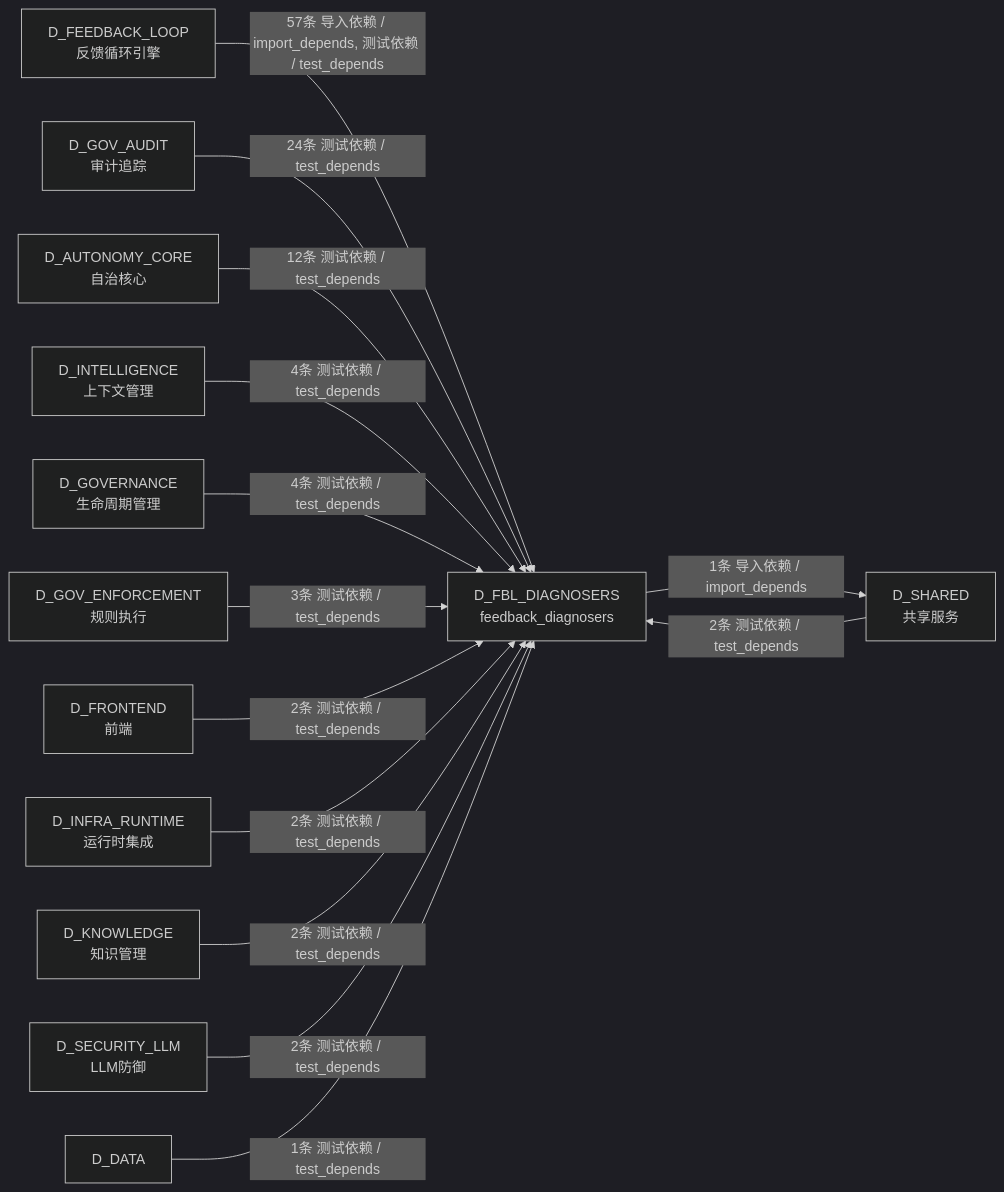
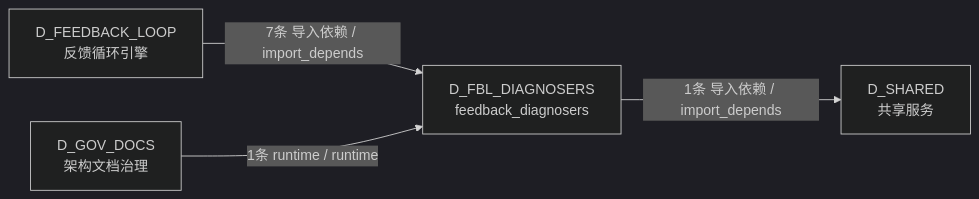
One commit to xuanFelixVan/ZephyrAlpha changed the sixth of 6 diagrams in docs/02_enterprise_architecture/02_domain_architecture_docs/12_d_fbl_diagnosers.md. Above: the diagram before and after it, drawn with Mermaid (dark theme). The commit also changed other lines of this file and 126 other files, not shown here.

````diff
--- a/docs/02_enterprise_architecture/02_domain_architecture_docs/12_d_fbl_diagnosers.md
+++ b/docs/02_enterprise_architecture/02_domain_architecture_docs/12_d_fbl_diagnosers.md
@@ -609,29 +430,10 @@
 ```mermaid
 graph LR
     D_FBL_DIAGNOSERS["D_FBL_DIAGNOSERS<br/>feedback_diagnosers"]
     D_SHARED["D_SHARED<br/>共享服务"]
     D_FEEDBACK_LOOP["D_FEEDBACK_LOOP<br/>反馈循环引擎"]
-    D_GOV_AUDIT["D_GOV_AUDIT<br/>审计追踪"]
-    D_AUTONOMY_CORE["D_AUTONOMY_CORE<br/>自治核心"]
-    D_INTELLIGENCE["D_INTELLIGENCE<br/>上下文管理"]
-    D_GOVERNANCE["D_GOVERNANCE<br/>生命周期管理"]
-    D_GOV_ENFORCEMENT["D_GOV_ENFORCEMENT<br/>规则执行"]
-    D_FRONTEND["D_FRONTEND<br/>前端"]
-    D_INFRA_RUNTIME["D_INFRA_RUNTIME<br/>运行时集成"]
-    D_KNOWLEDGE["D_KNOWLEDGE<br/>知识管理"]
-    D_SECURITY_LLM["D_SECURITY_LLM<br/>LLM防御"]
-    D_DATA["D_DATA"]
+    D_GOV_DOCS["D_GOV_DOCS<br/>架构文档治理"]
     D_FBL_DIAGNOSERS -->|1条 导入依赖 / import_depends| D_SHARED
-    D_FEEDBACK_LOOP -->|57条 导入依赖 / import_depends, 测试依赖 / test_depends| D_FBL_DIAGNOSERS
-    D_GOV_AUDIT -->|24条 测试依赖 / test_depends| D_FBL_DIAGNOSERS
-    D_AUTONOMY_CORE -->|12条 测试依赖 / test_depends| D_FBL_DIAGNOSERS
-    D_INTELLIGENCE -->|4条 测试依赖 / test_depends| D_FBL_DIAGNOSERS
-    D_GOVERNANCE -->|4条 测试依赖 / test_depends| D_FBL_DIAGNOSERS
-    D_GOV_ENFORCEMENT -->|3条 测试依赖 / test_depends| D_FBL_DIAGNOSERS
-    D_FRONTEND -->|2条 测试依赖 / test_depends| D_FBL_DIAGNOSERS
-    D_INFRA_RUNTIME -->|2条 测试依赖 / test_depends| D_FBL_DIAGNOSERS
-    D_KNOWLEDGE -->|2条 测试依赖 / test_depends| D_FBL_DIAGNOSERS
-    D_SECURITY_LLM -->|2条 测试依赖 / test_depends| D_FBL_DIAGNOSERS
-    D_SHARED -->|2条 测试依赖 / test_depends| D_FBL_DIAGNOSERS
-    D_DATA -->|1条 测试依赖 / test_depends| D_FBL_DIAGNOSERS
+    D_FEEDBACK_LOOP -->|7条 导入依赖 / import_depends| D_FBL_DIAGNOSERS
+    D_GOV_DOCS -->|1条 runtime / runtime| D_FBL_DIAGNOSERS
 ```
````
